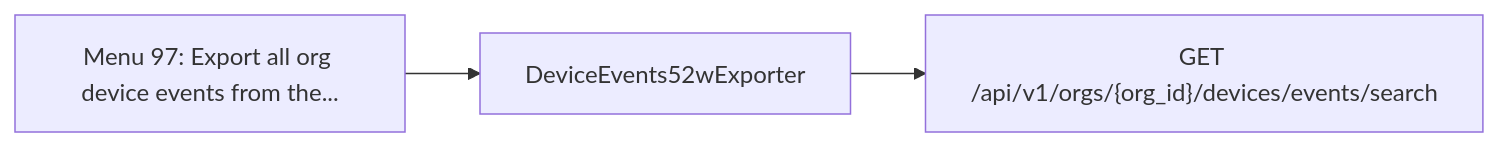
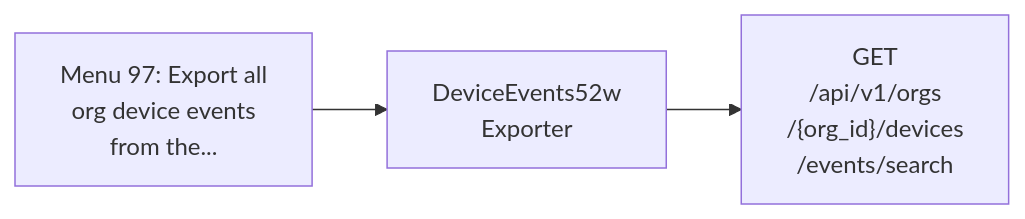
Before and after one commit to jmorrison-juniper/MistHelper: the sixth of 11 diagrams in documentation/menu-api/resource-intensive.md, drawn with Mermaid. The commit also changed other lines of this file and 19 other files, not shown here.

First line of the commit message:
docs(menu-api): fit the Mermaid diagrams to the wiki column

````diff
--- a/documentation/menu-api/resource-intensive.md
+++ b/documentation/menu-api/resource-intensive.md
@@ -172,6 +130,6 @@
 ```mermaid
 flowchart LR
-    menu["Menu 97: Export all org device events from the..."]
-    menu --> c1["DeviceEvents52wExporter"]
-    c1 --> e1["GET /api/v1/orgs/{org_id}/devices/events/search"]
+    menu["Menu 97: Export all<br/>org device events<br/>from the..."]
+    menu --> c1["DeviceEvents52w<br/>Exporter"]
+    c1 --> e1["GET<br/>/api/v1/orgs<br/>/{org_id}/devices<br/>/events/search"]
 ```
````
